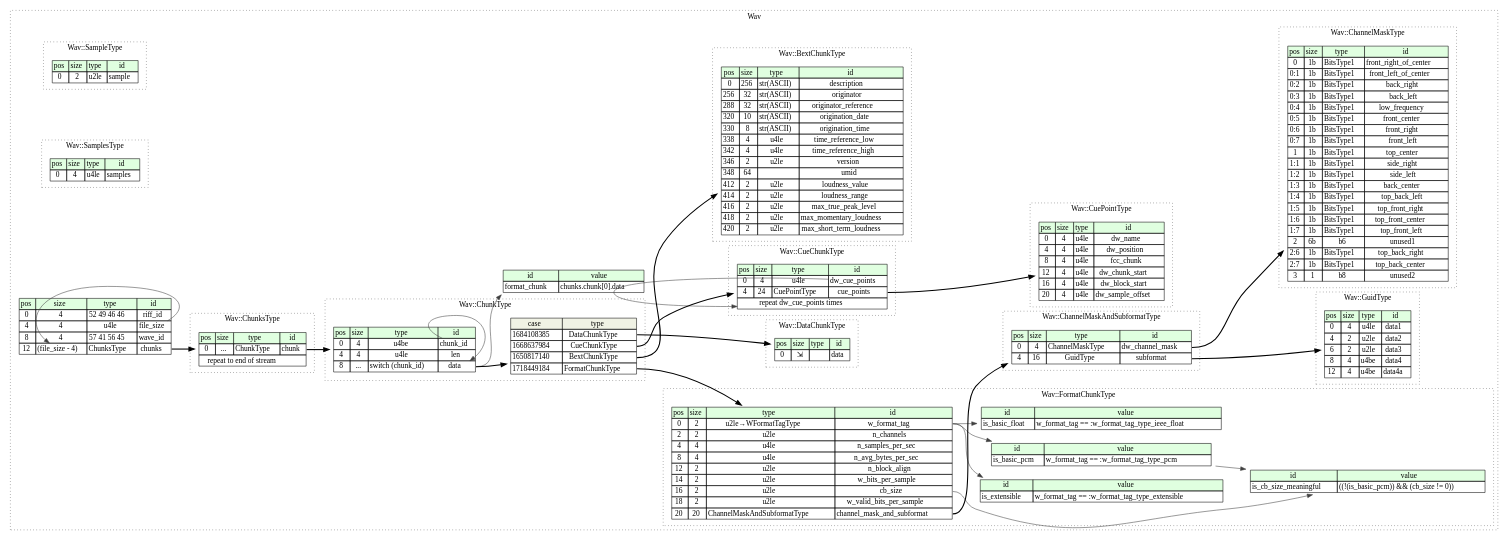
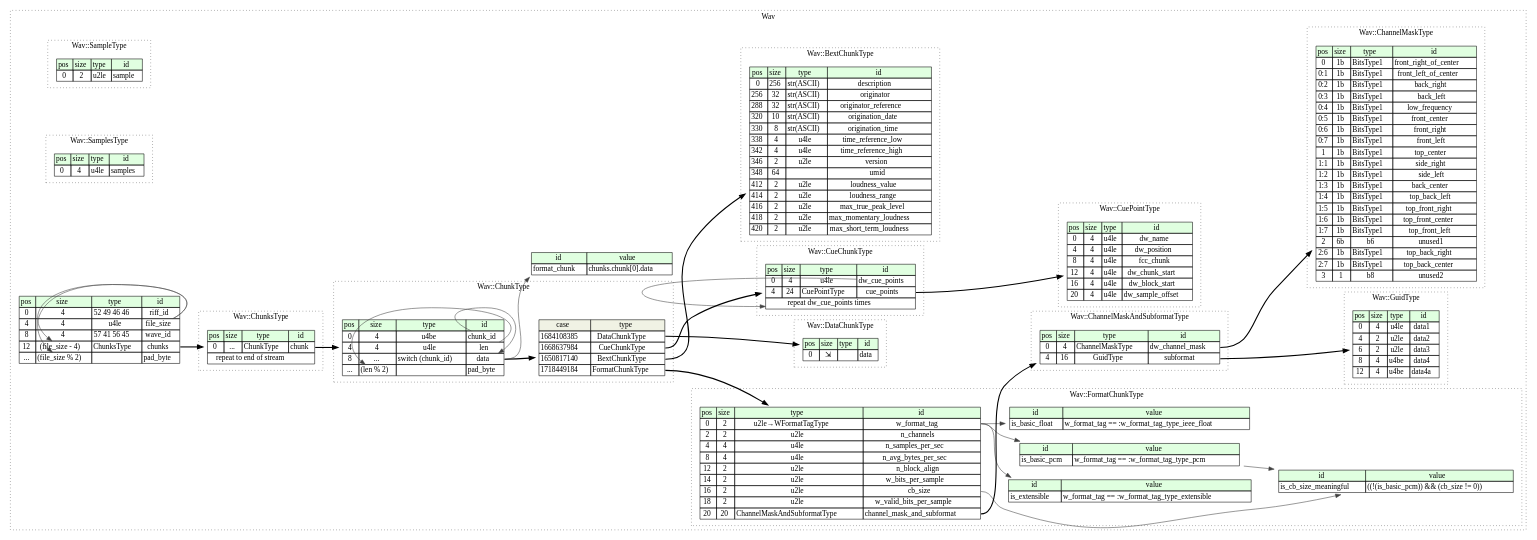
Before and after one commit to kaitai-io/formats-kaitai-io.github.io: the diagram in wav/src/graphviz/wav.dot, drawn with Graphviz. The commit also changed 34 other files, not shown here.

```diff
--- a/wav/src/graphviz/wav.dot
+++ b/wav/src/graphviz/wav.dot
@@ -11,6 +11,7 @@
 			<TR><TD PORT="file_size_pos">4</TD><TD PORT="file_size_size">4</TD><TD>u4le</TD><TD PORT="file_size_type">file_size</TD></TR>
 			<TR><TD PORT="wave_id_pos">8</TD><TD PORT="wave_id_size">4</TD><TD>57 41 56 45</TD><TD PORT="wave_id_type">wave_id</TD></TR>
 			<TR><TD PORT="chunks_pos">12</TD><TD PORT="chunks_size">(file_size - 4)</TD><TD>ChunksType</TD><TD PORT="chunks_type">chunks</TD></TR>
+			<TR><TD PORT="pad_byte_pos">...</TD><TD PORT="pad_byte_size">(file_size % 2)</TD><TD></TD><TD PORT="pad_byte_type">pad_byte</TD></TR>
 		</TABLE>>];
 		wav__inst__format_chunk [label=<<TABLE BORDER="0" CELLBORDER="1" CELLSPACING="0">
 			<TR><TD BGCOLOR="#E0FFE0">id</TD><TD BGCOLOR="#E0FFE0">value</TD></TR>
@@ -171,6 +172,7 @@
 				<TR><TD PORT="chunk_id_pos">0</TD><TD PORT="chunk_id_size">4</TD><TD>u4be</TD><TD PORT="chunk_id_type">chunk_id</TD></TR>
 				<TR><TD PORT="len_pos">4</TD><TD PORT="len_size">4</TD><TD>u4le</TD><TD PORT="len_type">len</TD></TR>
 				<TR><TD PORT="data_pos">8</TD><TD PORT="data_size">...</TD><TD>switch (chunk_id)</TD><TD PORT="data_type">data</TD></TR>
+				<TR><TD PORT="pad_byte_pos">...</TD><TD PORT="pad_byte_size">(len % 2)</TD><TD></TD><TD PORT="pad_byte_type">pad_byte</TD></TR>
 			</TABLE>>];
 chunk_type__seq_data_switch [label=<<TABLE BORDER="0" CELLBORDER="1" CELLSPACING="0">
 	<TR><TD BGCOLOR="#F0F2E4">case</TD><TD BGCOLOR="#F0F2E4">type</TD></TR>
@@ -205,6 +207,7 @@
 	}
 	wav__seq:file_size_type -> wav__seq:chunks_size [color="#404040"];
 	wav__seq:chunks_type -> chunks_type__seq [style=bold];
+	wav__seq:file_size_type -> wav__seq:pad_byte_size [color="#404040"];
 	chunk_type__seq:data_type -> wav__inst__format_chunk [color="#404040"];
 	format_chunk_type__seq:channel_mask_and_subformat_type -> channel_mask_and_subformat_type__seq [style=bold];
 	format_chunk_type__seq:w_format_tag_type -> format_chunk_type__inst__is_extensible [color="#404040"];
@@ -223,4 +226,5 @@
 	chunk_type__seq_data_switch:case2 -> bext_chunk_type__seq [style=bold];
 	chunk_type__seq_data_switch:case3 -> format_chunk_type__seq [style=bold];
 	chunk_type__seq:chunk_id_type -> chunk_type__seq:data_type [color="#404040"];
+	chunk_type__seq:len_type -> chunk_type__seq:pad_byte_size [color="#404040"];
 }
```
